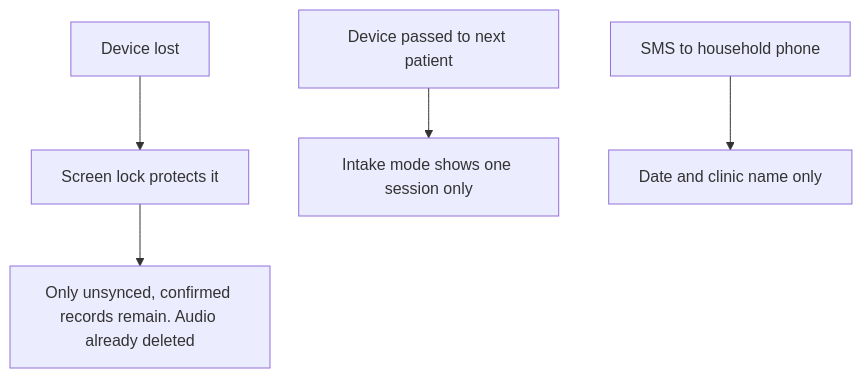
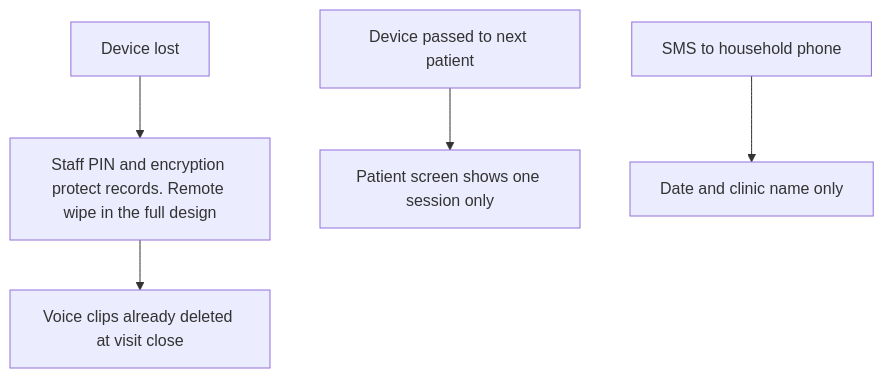
The eighth of 8 diagrams in docs/product/user-flows.md (Asia-ThePerson/Hacknation2026_TuWulira), drawn with Mermaid before and after one commit. The commit also changed other lines of this file and 36 other files, not shown here.

````diff
--- a/docs/product/user-flows.md
+++ b/docs/product/user-flows.md
@@ -74,7 +126,7 @@
 ```mermaid
 flowchart TD
-  A[Device lost] --> B[Screen lock protects it]
-  B --> C[Only unsynced, confirmed records remain. Audio already deleted]
-  D[Device passed to next patient] --> E[Intake mode shows one session only]
+  A[Device lost] --> B[Staff PIN and encryption protect records. Remote wipe in the full design]
+  B --> C[Voice clips already deleted at visit close]
+  D[Device passed to next patient] --> E[Patient screen shows one session only]
   F[SMS to household phone] --> G[Date and clinic name only]
 ```
````
